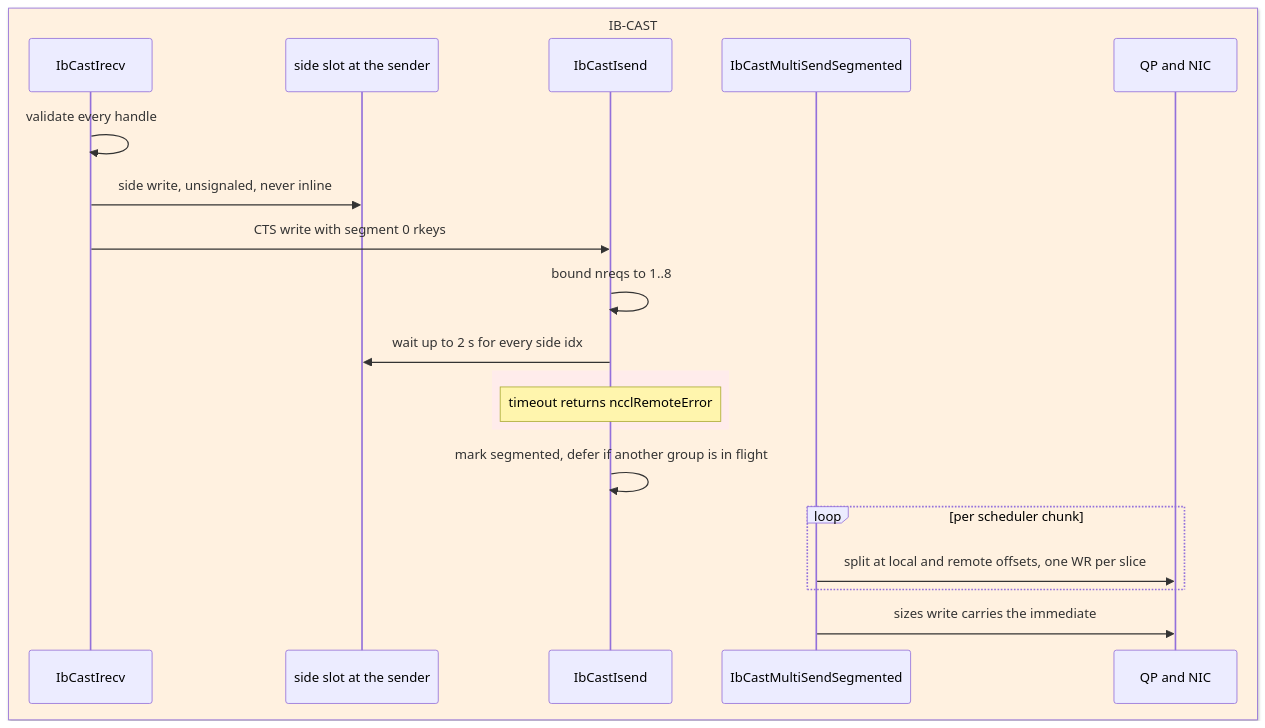
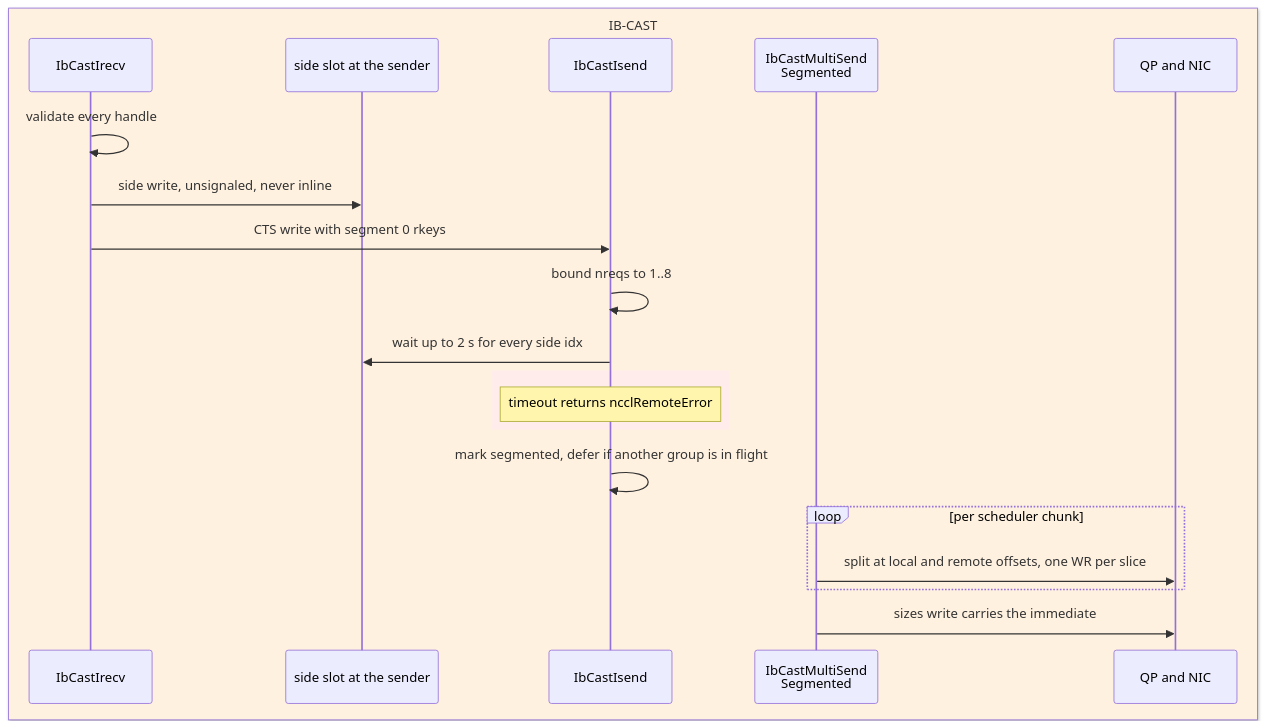
One commit to ROCm/rocm-systems changed the second of 2 diagrams in projects/rccl/docs/design/multi_segment_netib_cast.md. Above: the diagram before and after it, drawn with Mermaid. The commit also changed other lines of this file and 18 other files, not shown here.

First line of the commit message:
docs: add new design diagrams and an AMD-style book build

````diff
--- a/projects/rccl/docs/design/multi_segment_netib_cast.md
+++ b/projects/rccl/docs/design/multi_segment_netib_cast.md
@@ -88,23 +89,24 @@
 ```mermaid
+%% caption: IB-CAST P2P send with the side slot, and failure handling
 sequenceDiagram
  box rgb(255,241,224) IB-CAST
  participant Rc as IbCastIrecv
  participant Side as side slot at the sender
  participant Sn as IbCastIsend
- participant Sg as IbCastMultiSendSegmented
+ participant Sg as IbCastMultiSend<br/>Segmented
  participant Q as QP and NIC
  end
  Rc->>Rc: validate every handle
  Rc->>Side: side write, unsignaled, never inline
  Rc->>Sn: CTS write with segment 0 rkeys
  Sn->>Sn: bound nreqs to 1..8
  Sn->>Side: wait up to 2 s for every side idx
  rect rgb(255,236,235)
  Note over Sn: timeout returns ncclRemoteError
  end
  Sn->>Sn: mark segmented, defer if another group is in flight
  loop per scheduler chunk
  Sg->>Q: split at local and remote offsets, one WR per slice
  end
  Sg->>Q: sizes write carries the immediate
 ```
````
